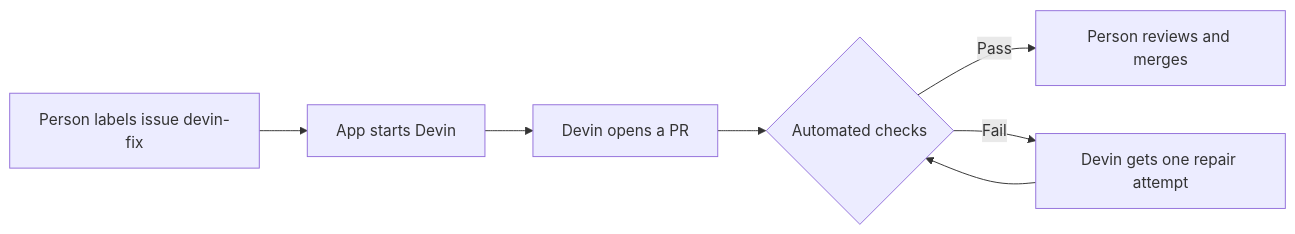
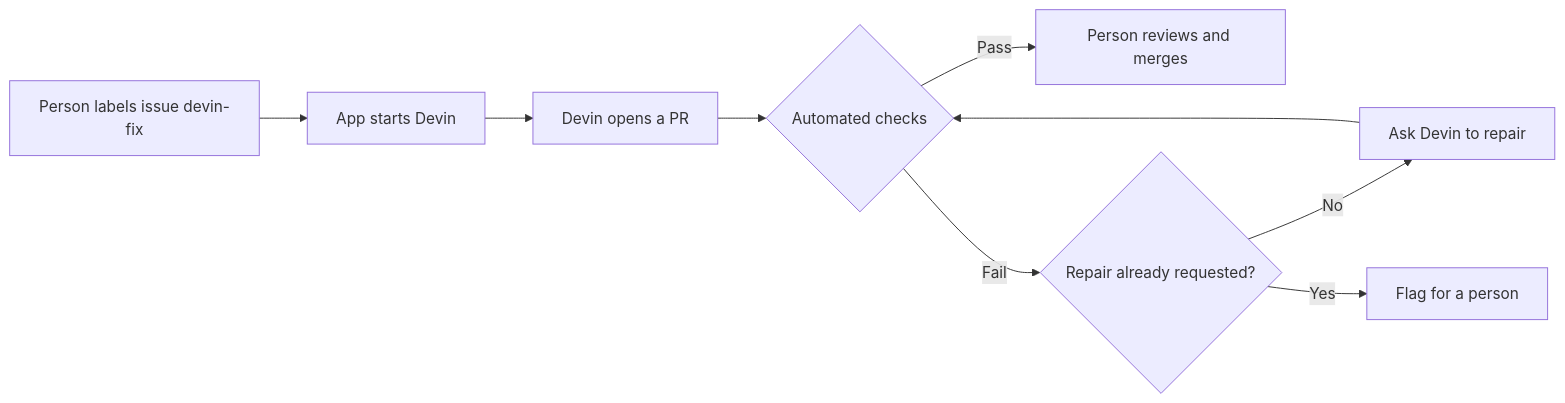
Before and after one commit to haveitjoewei/devin-superset-automation: the diagram in docs/ARCHITECTURE.md, drawn with Mermaid. The commit also changed other lines of this file and 4 other files, not shown here.

````diff
--- a/docs/ARCHITECTURE.md
+++ b/docs/ARCHITECTURE.md
@@ -18,9 +18,11 @@
 ```mermaid
 flowchart LR
   A[Person labels issue devin-fix] --> B[App starts Devin]
   B --> C[Devin opens a PR]
   C --> D{Automated checks}
   D -->|Pass| E[Person reviews and merges]
-  D -->|Fail| F[Devin gets one repair attempt]
-  F --> D
+  D -->|Fail| F{Repair already requested?}
+  F -->|No| G[Ask Devin to repair]
+  G --> D
+  F -->|Yes| H[Flag for a person]
 ```
````
